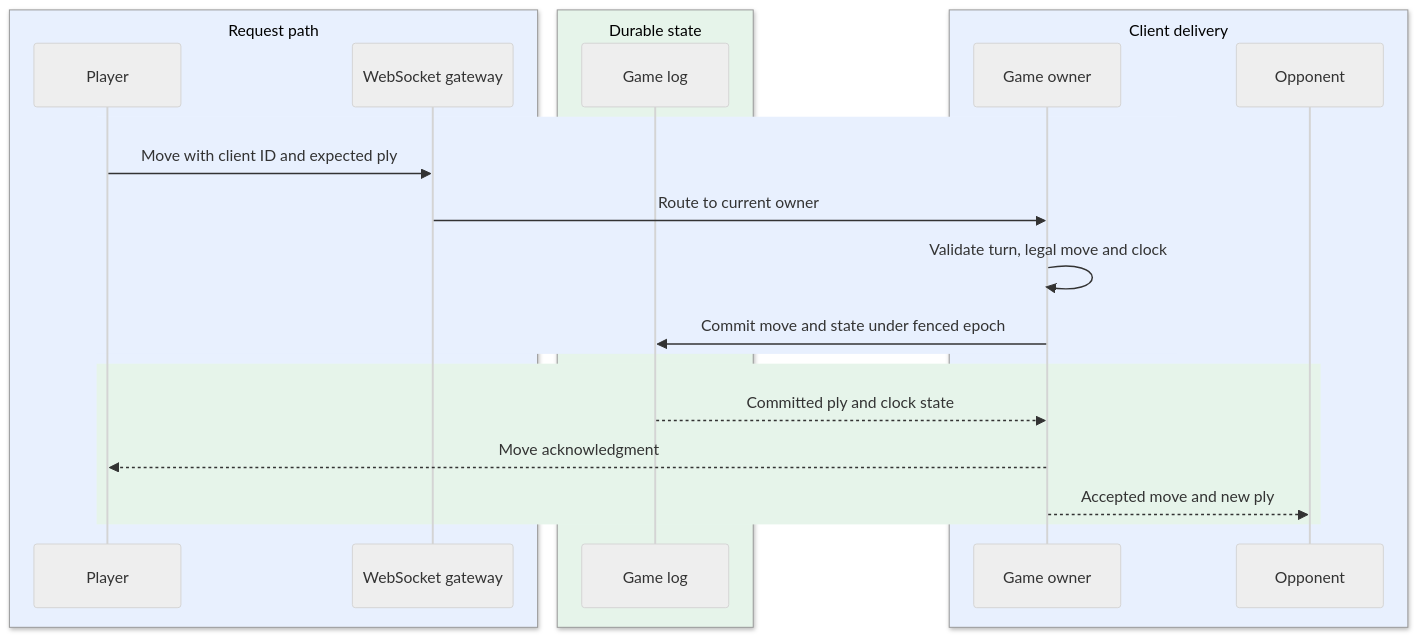
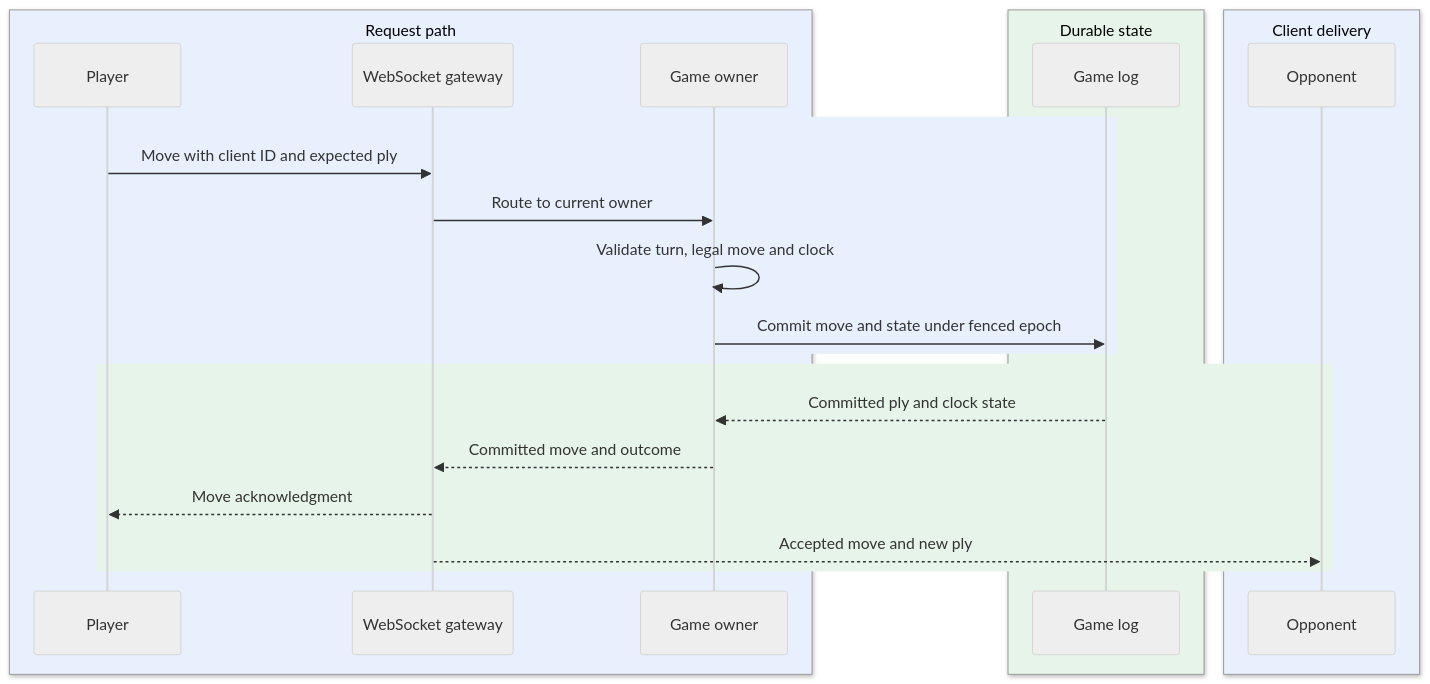
One commit to iliazlobin/iliazlobin.github.io changed the second of 5 diagrams in _designs/system-design-online-chess.md. Above: the diagram before and after it, drawn with Mermaid (neutral theme). The commit also changed other lines of this file and 116 other files, not shown here.

````diff
--- a/_designs/system-design-online-chess.md
+++ b/_designs/system-design-online-chess.md
@@ -189,25 +189,26 @@
 ```mermaid
 sequenceDiagram
   box rgb(232,240,254) Request path
     participant U as Player
     participant A as WebSocket gateway
+    participant W as Game owner
   end
   box rgb(230,244,234) Durable state
     participant D as Game log
   end
   box rgb(232,240,254) Client delivery
-    participant W as Game owner
     participant C as Opponent
   end
   rect rgb(232,240,254)
     U->>A: Move with client ID and expected ply
     A->>W: Route to current owner
     W->>W: Validate turn, legal move and clock
     W->>D: Commit move and state under fenced epoch
   end
   rect rgb(230,244,234)
     D-->>W: Committed ply and clock state
-    W-->>U: Move acknowledgment
-    W-->>C: Accepted move and new ply
+    W-->>A: Committed move and outcome
+    A-->>U: Move acknowledgment
+    A-->>C: Accepted move and new ply
   end
 ```
````
